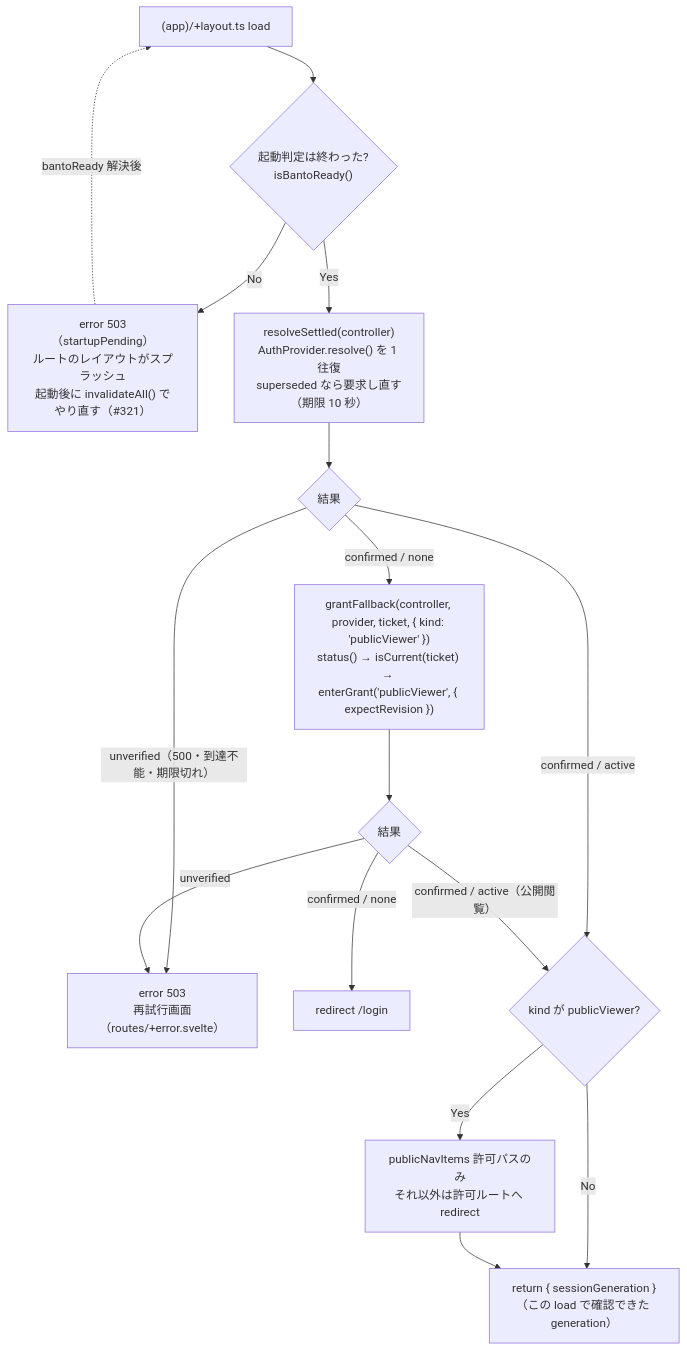
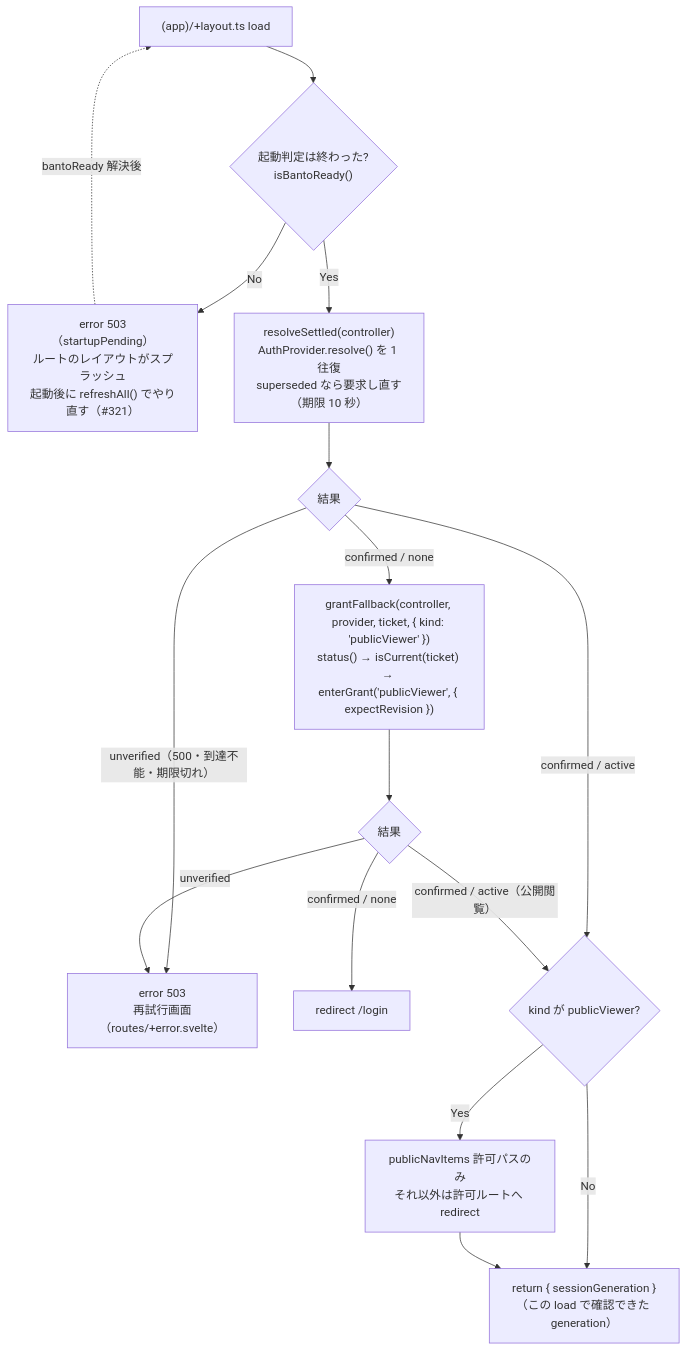
The second of 11 diagrams in docs/architecture-flows.md (tyaro/banto), drawn with Mermaid before and after one commit. The commit also changed other lines of this file and 20 other files, not shown here.

````diff
--- a/docs/architecture-flows.md
+++ b/docs/architecture-flows.md
@@ -62,31 +62,31 @@
 ```mermaid
 flowchart TD
   GUARD["(app)/+layout.ts load"]
   READY{"起動判定は終わった?<br/>isBantoReady()"}
-  DEFER["error 503（startupPending）<br/>ルートのレイアウトがスプラッシュ<br/>起動後に invalidateAll() でやり直す（#321）"]
+  DEFER["error 503（startupPending）<br/>ルートのレイアウトがスプラッシュ<br/>起動後に refreshAll() でやり直す（#321）"]
   RESOLVE["resolveSettled(controller)<br/>AuthProvider.resolve() を 1 往復<br/>superseded なら要求し直す（期限 10 秒）"]
   R1{"結果"}
   E503["error 503<br/>再試行画面（routes/+error.svelte）"]
   PVF["grantFallback(controller, provider, ticket, { kind: 'publicViewer' })<br/>status() → isCurrent(ticket) → enterGrant('publicViewer', { expectRevision })"]
   R2{"結果"}
   LOGIN["redirect /login"]
   ALLOW{"kind が publicViewer?"}
   NAV["publicNavItems 許可パスのみ<br/>それ以外は許可ルートへ redirect"]
   RET["return { sessionGeneration }<br/>（この load で確認できた generation）"]
 
   GUARD --> READY
   READY -->|No| DEFER
   DEFER -.->|"bantoReady 解決後"| GUARD
   READY -->|Yes| RESOLVE
   RESOLVE --> R1
   R1 -->|"unverified（500・到達不能・期限切れ）"| E503
   R1 -->|"confirmed / active"| ALLOW
   R1 -->|"confirmed / none"| PVF
   PVF --> R2
   R2 -->|unverified| E503
   R2 -->|"confirmed / none"| LOGIN
   R2 -->|"confirmed / active（公開閲覧）"| ALLOW
   ALLOW -->|Yes| NAV
   ALLOW -->|No| RET
   NAV --> RET
 ```
````
